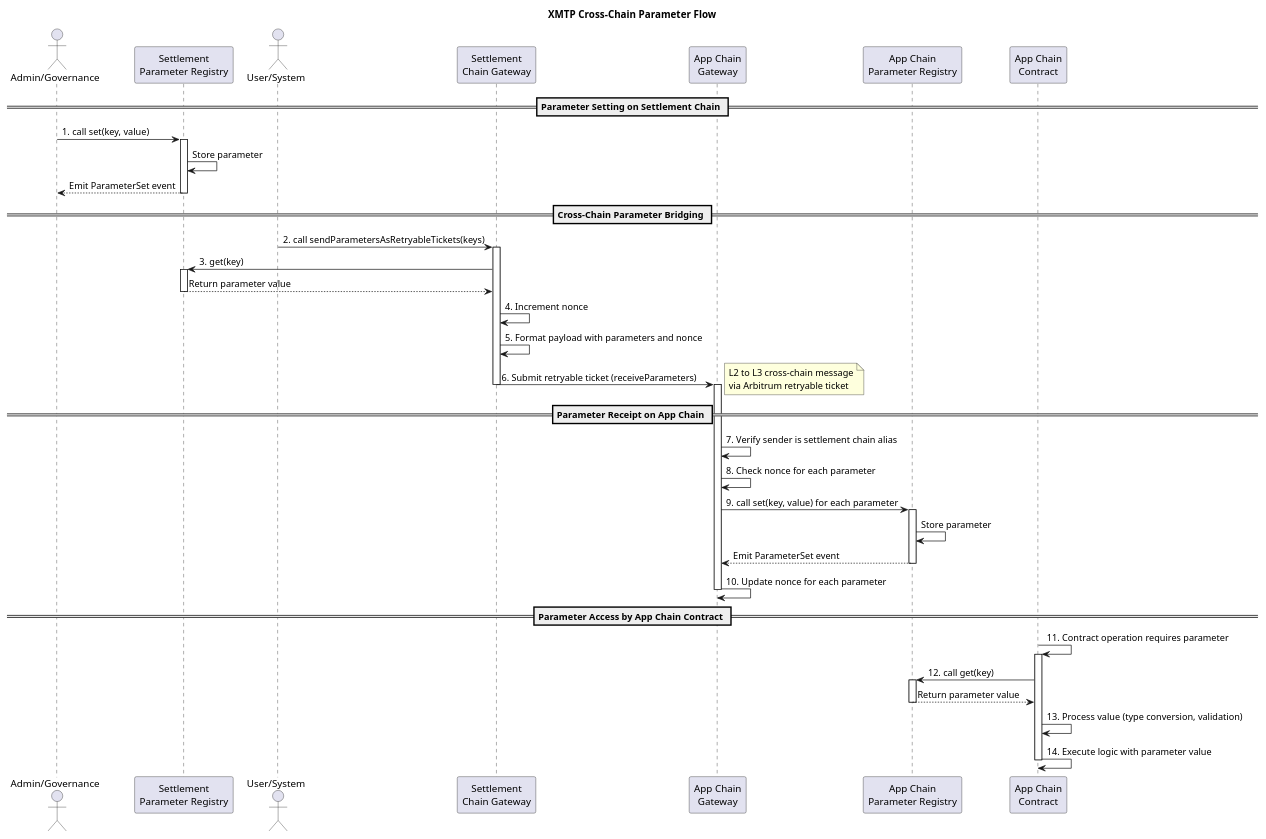
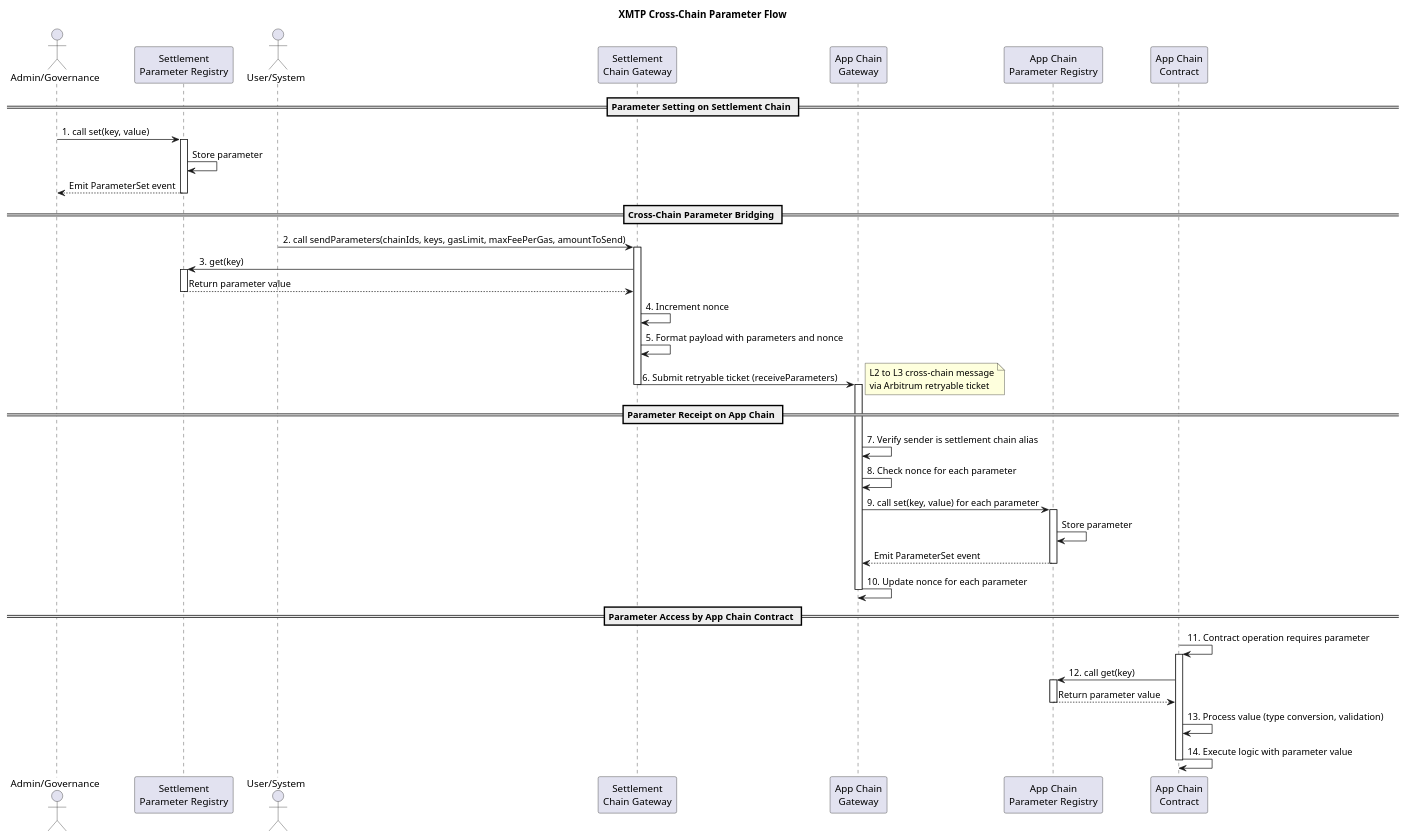
The first of 2 diagrams in doc/parameter-registry.md (xmtp/smart-contracts), drawn with PlantUML before and after one commit. The commit also changed other lines of this file and 8 other files, not shown here.

````diff
--- a/doc/parameter-registry.md
+++ b/doc/parameter-registry.md
@@ -104,57 +126,57 @@
 ```plantuml
 @startuml
 title XMTP Cross-Chain Parameter Flow
 
 actor "Admin/Governance" as Admin
 participant "Settlement\nParameter Registry" as SPR
 actor "User/System" as User
 participant "Settlement\nChain Gateway" as SCG
 participant "App Chain\nGateway" as ACG
 participant "App Chain\nParameter Registry" as APR
 participant "App Chain\nContract" as ACC
 
 == Parameter Setting on Settlement Chain ==
 Admin -> SPR: 1. call set(key, value)
 activate SPR
 SPR -> SPR: Store parameter
 SPR --> Admin: Emit ParameterSet event
 deactivate SPR
 
 == Cross-Chain Parameter Bridging ==
-User -> SCG: 2. call sendParametersAsRetryableTickets(keys)
+User -> SCG: 2. call sendParameters(chainIds, keys, gasLimit, maxFeePerGas, amountToSend)
 activate SCG
 SCG -> SPR: 3. get(key)
 activate SPR
 SPR --> SCG: Return parameter value
 deactivate SPR
 SCG -> SCG: 4. Increment nonce
 SCG -> SCG: 5. Format payload with parameters and nonce
 SCG -> ACG: 6. Submit retryable ticket (receiveParameters)
 note right: L2 to L3 cross-chain message\nvia Arbitrum retryable ticket
 deactivate SCG
 
 == Parameter Receipt on App Chain ==
 activate ACG
 ACG -> ACG: 7. Verify sender is settlement chain alias
 ACG -> ACG: 8. Check nonce for each parameter
 ACG -> APR: 9. call set(key, value) for each parameter
 activate APR
 APR -> APR: Store parameter
 APR --> ACG: Emit ParameterSet event
 deactivate APR
 ACG -> ACG: 10. Update nonce for each parameter
 deactivate ACG
 
 == Parameter Access by App Chain Contract ==
 ACC -> ACC: 11. Contract operation requires parameter
 activate ACC
 ACC -> APR: 12. call get(key)
 activate APR
 APR --> ACC: Return parameter value
 deactivate APR
 ACC -> ACC: 13. Process value (type conversion, validation)
 ACC -> ACC: 14. Execute logic with parameter value
 deactivate ACC
 
 @enduml
 ```
````
